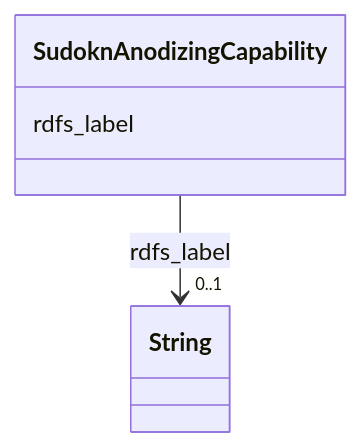
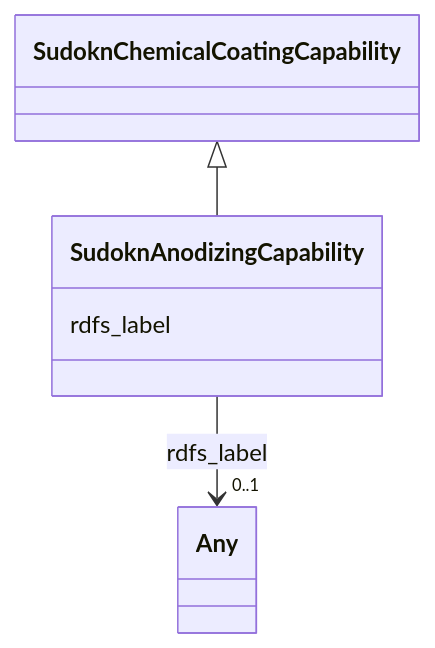
The diagram in sudokn-kg/classes/SudoknAnodizingCapability.md (frink-okn/graph-descriptions), drawn with Mermaid before and after one commit. The commit also changed other lines of this file and 903 other files, not shown here.

````diff
--- a/sudokn-kg/classes/SudoknAnodizingCapability.md
+++ b/sudokn-kg/classes/SudoknAnodizingCapability.md
@@ -23,15 +18,18 @@
 ```mermaid
  classDiagram
     class SudoknAnodizingCapability
     click SudoknAnodizingCapability href "../SudoknAnodizingCapability"
+      SudoknChemicalCoatingCapability <|-- SudoknAnodizingCapability
+        click SudoknChemicalCoatingCapability href "../SudoknChemicalCoatingCapability"
+      
       SudoknAnodizingCapability : rdfs_label
         
           
     
     
-    SudoknAnodizingCapability --> "0..1" String : rdfs_label
-    click String href "../String"
+    SudoknAnodizingCapability --> "0..1" Any : rdfs_label
+    click Any href "../Any"
 
         
       
 ```
````
